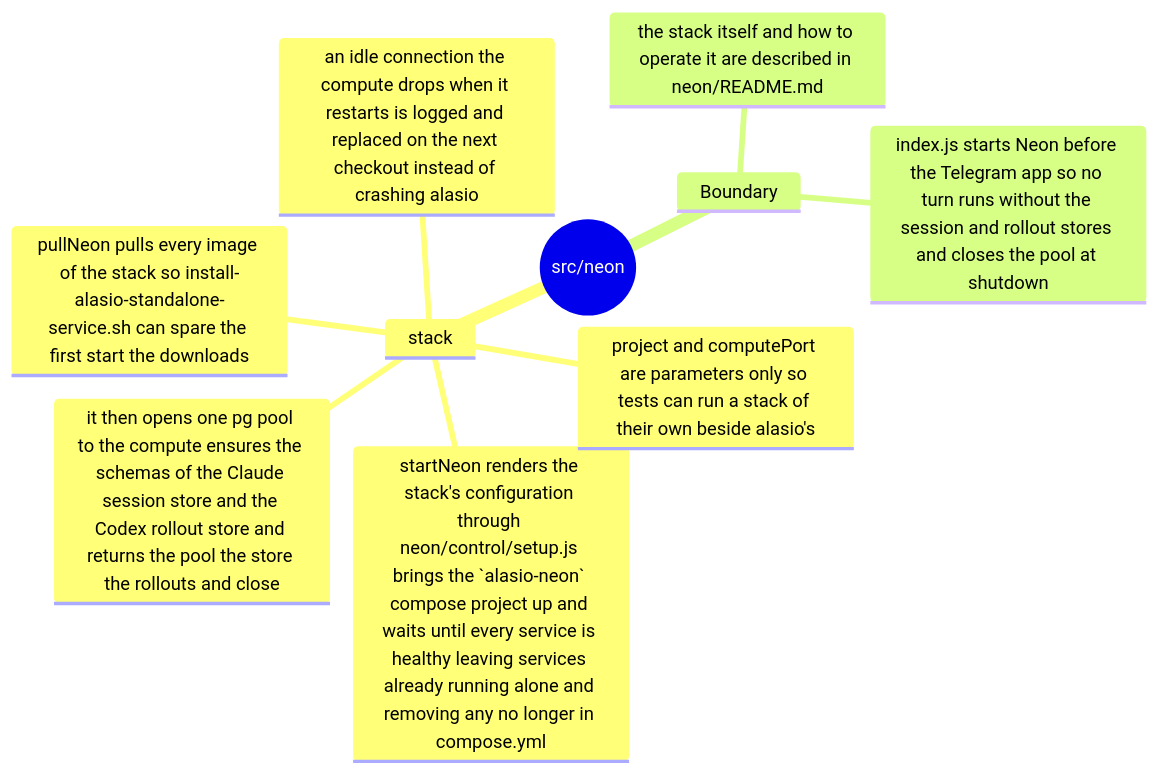
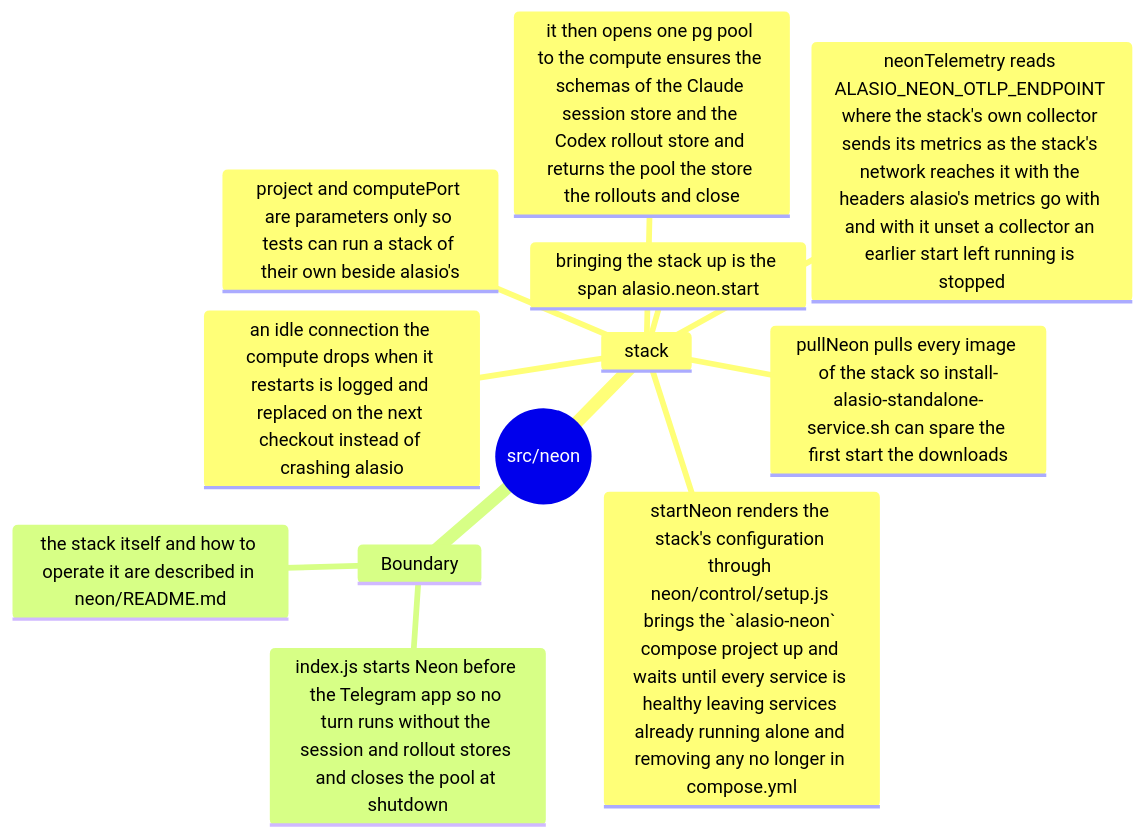
One commit to eaucoin/alasio changed the first of 3 diagrams in src/neon/README.md. Above: the diagram before and after it, drawn with Mermaid. The commit also changed 47 other files, not shown here.

First line of the commit message:
Export alasio's telemetry over OpenTelemetry, to any OTLP backend

````diff
--- a/src/neon/README.md
+++ b/src/neon/README.md
@@ -2,13 +2,15 @@
 ```mermaid
 mindmap
   root((src/neon))
     stack
       startNeon renders the stack's configuration through neon/control/setup.js brings the `alasio-neon` compose project up and waits until every service is healthy leaving services already running alone and removing any no longer in compose.yml
       it then opens one pg pool to the compute ensures the schemas of the Claude session store and the Codex rollout store and returns the pool the store the rollouts and close
       an idle connection the compute drops when it restarts is logged and replaced on the next checkout instead of crashing alasio
+      bringing the stack up is the span alasio.neon.start
+      neonTelemetry reads ALASIO_NEON_OTLP_ENDPOINT where the stack's own collector sends its metrics as the stack's network reaches it with the headers alasio's metrics go with and with it unset a collector an earlier start left running is stopped
       pullNeon pulls every image of the stack so install-alasio-standalone-service.sh can spare the first start the downloads
       project and computePort are parameters only so tests can run a stack of their own beside alasio's
     Boundary
       the stack itself and how to operate it are described in neon/README.md
       index.js starts Neon before the Telegram app so no turn runs without the session and rollout stores and closes the pool at shutdown
 ```
````
